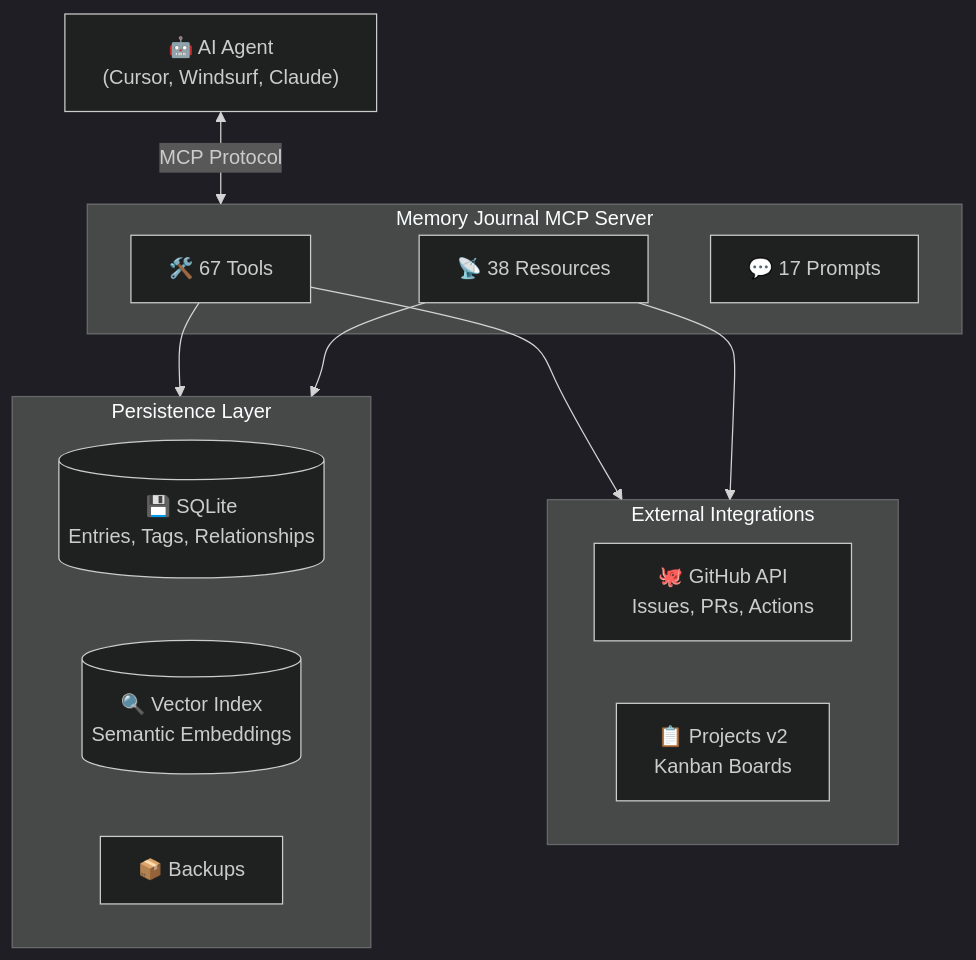
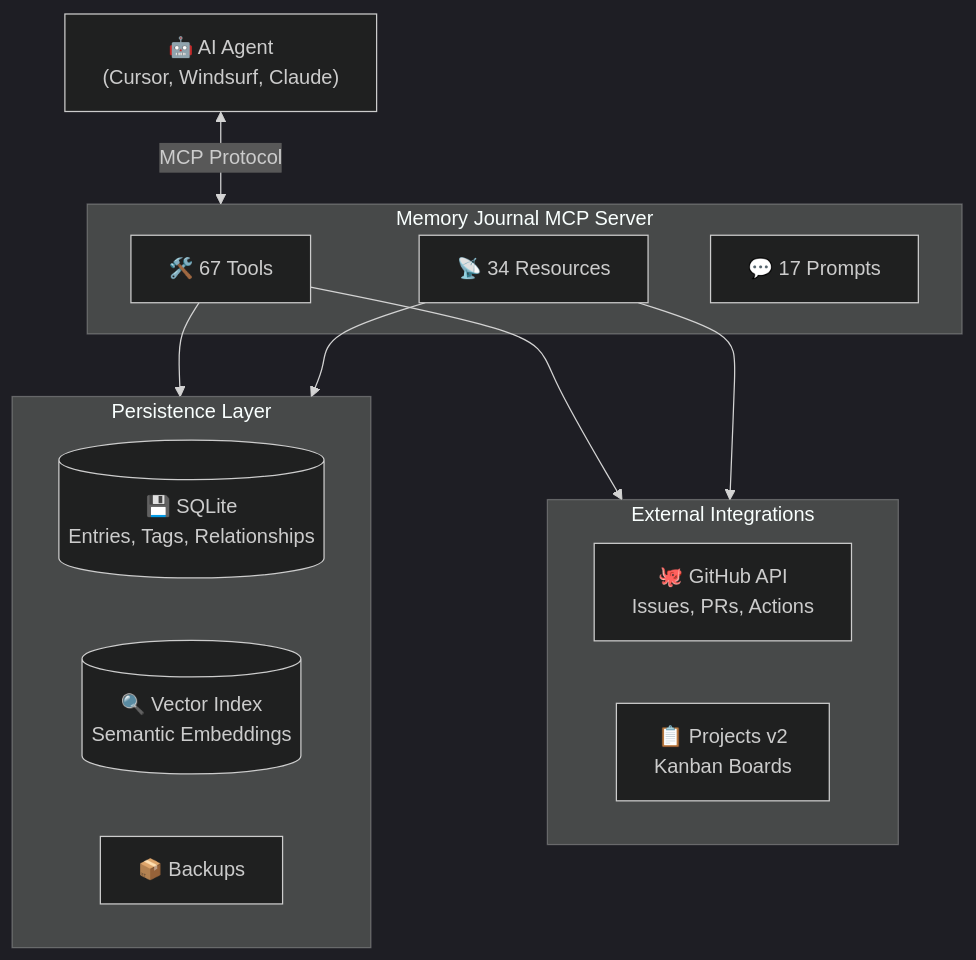
One commit to neverinfamous/memory-journal-mcp changed the second of 2 diagrams in README.md. Above: the diagram before and after it, drawn with Mermaid (dark theme). The commit also changed other lines of this file and 9 other files, not shown here.

Commit message:
chore(release): v7.2.0 final remediation phase (types, schemas, wiki drift)

````diff
--- a/README.md
+++ b/README.md
@@ -634,27 +634,27 @@
 ```mermaid
 flowchart TB
     AI["🤖 AI Agent<br/>(Cursor, Windsurf, Claude)"]
 
     subgraph MCP["Memory Journal MCP Server"]
         Tools["🛠️ 67 Tools"]
-        Resources["📡 38 Resources"]
+        Resources["📡 34 Resources"]
         Prompts["💬 17 Prompts"]
     end
 
     subgraph Storage["Persistence Layer"]
         SQLite[("💾 SQLite<br/>Entries, Tags, Relationships")]
         Vector[("🔍 Vector Index<br/>Semantic Embeddings")]
         Backups["📦 Backups"]
     end
 
     subgraph External["External Integrations"]
         GitHub["🐙 GitHub API<br/>Issues, PRs, Actions"]
         Kanban["📋 Projects v2<br/>Kanban Boards"]
     end
 
     AI <-->|"MCP Protocol"| MCP
     Tools --> Storage
     Tools --> External
     Resources --> Storage
     Resources --> External
 ```
````
